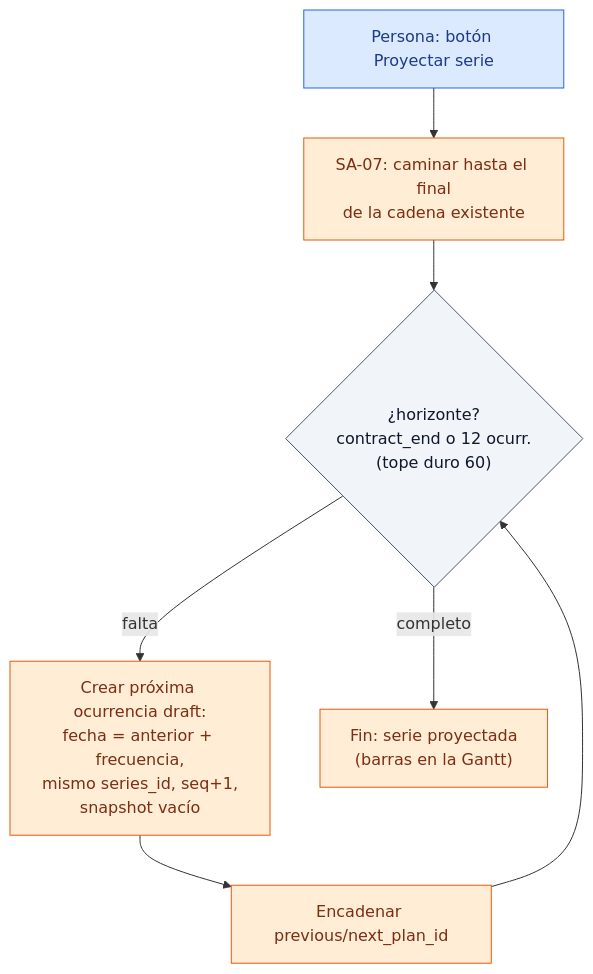
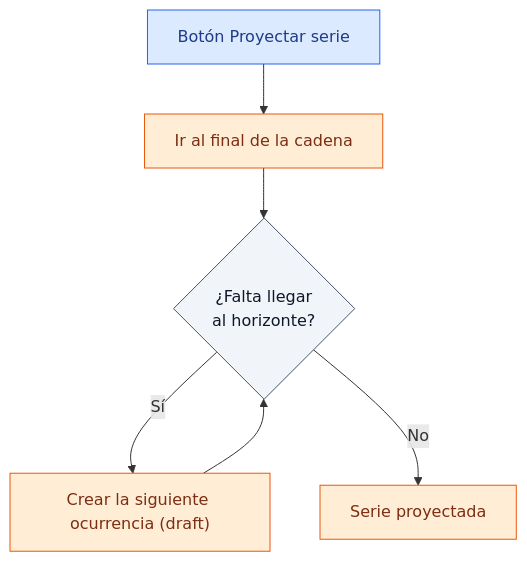
One commit to dcuerowe/odoo_con_mantenciones changed diagram 11 of 18 in maintenance_plan/PROCESOS_Y_FLUJOS.md. Above: the diagram before and after it, drawn with Mermaid. The commit also changed other lines of this file and 1 other file, not shown here.

Commit message:
Cambios dentro de maintenance_plan

````diff
--- a/maintenance_plan/PROCESOS_Y_FLUJOS.md
+++ b/maintenance_plan/PROCESOS_Y_FLUJOS.md
@@ -307,15 +332,14 @@
 ```mermaid
 flowchart TD
-    A["Persona: botón Proyectar serie"]:::manual
-    B["SA-07: caminar hasta el final<br/>de la cadena existente"]:::auto
-    C{"¿horizonte?<br/>contract_end o 12 ocurr.<br/>(tope duro 60)"}:::dec
-    D["Crear próxima ocurrencia draft:<br/>fecha = anterior + frecuencia,<br/>mismo series_id, seq+1,<br/>snapshot vacío"]:::auto
-    E["Encadenar previous/next_plan_id"]:::auto
-    F["Fin: serie proyectada<br/>(barras en la Gantt)"]:::auto
+    A["Botón Proyectar serie"]:::manual
+    B["Ir al final de la cadena"]:::auto
+    C{"¿Falta llegar<br/>al horizonte?"}:::dec
+    D["Crear la siguiente ocurrencia (draft)"]:::auto
+    F["Serie proyectada"]:::auto
     A --> B --> C
-    C -->|falta| D --> E --> C
-    C -->|completo| F
+    C -->|Sí| D --> C
+    C -->|No| F
     classDef manual fill:#dbeafe,stroke:#2563eb,color:#1e3a8a;
     classDef auto fill:#ffedd5,stroke:#ea580c,color:#7c2d12;
     classDef dec fill:#f1f5f9,stroke:#475569,color:#0f172a;
 ```
````
